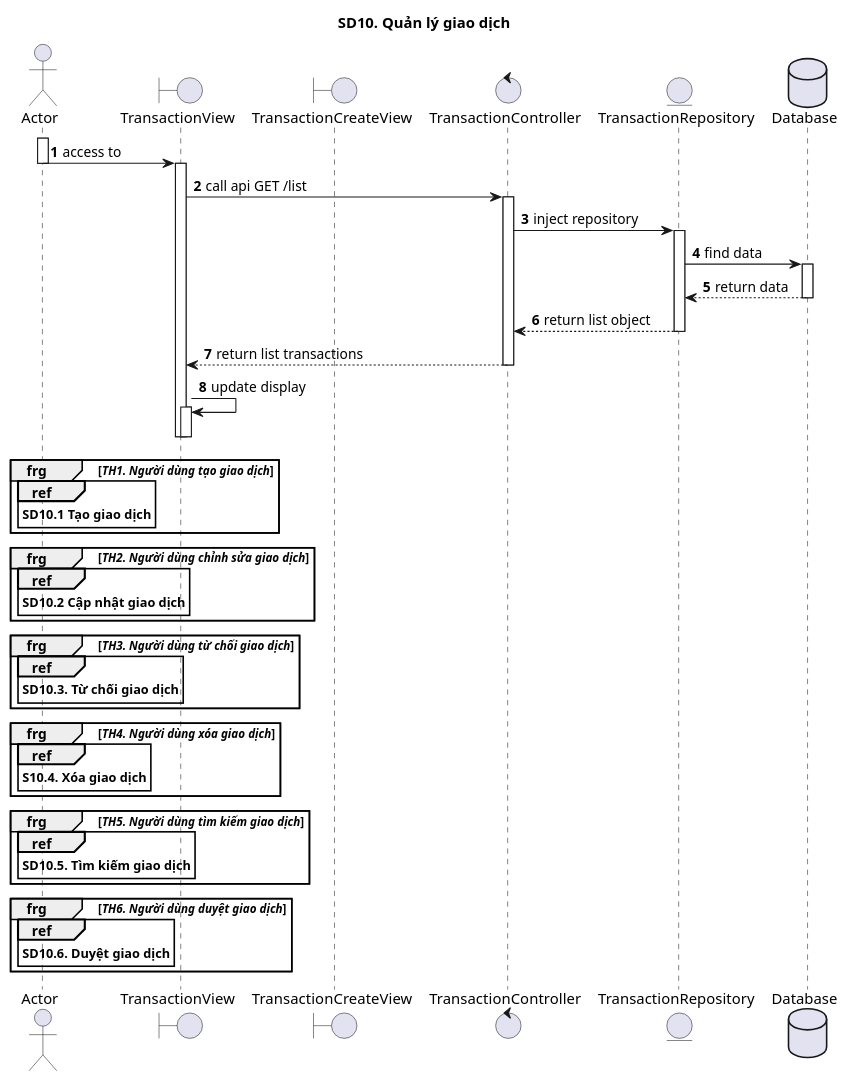
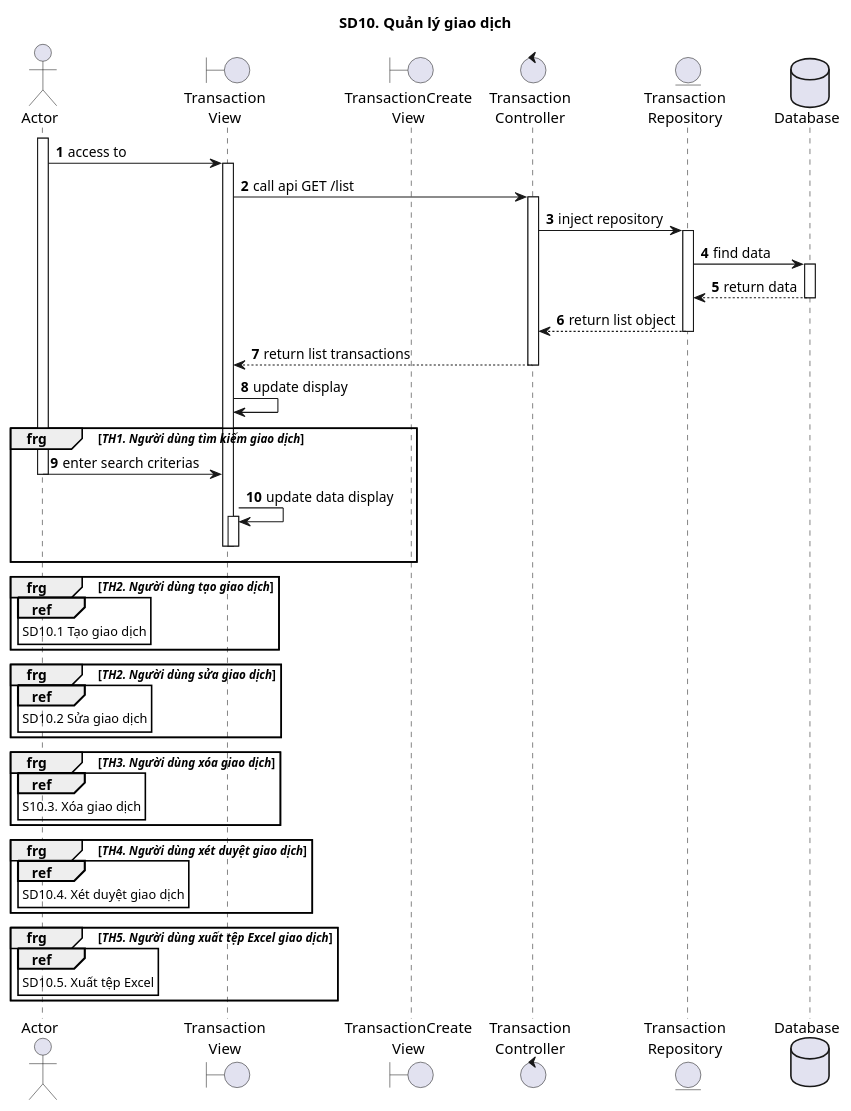
The diagram in 10_QuanLyGiaoDich/sd10.puml (ITZ-Developers/Finance-UML), drawn with PlantUML before and after one commit. The commit also changed 7 other files, not shown here.

```diff
--- a/10_QuanLyGiaoDich/sd10.puml
+++ b/10_QuanLyGiaoDich/sd10.puml
@@ -1,68 +1,59 @@
 @startuml SQ
 autonumber
 title SD10. Quản lý giao dịch
 actor "Actor" as actor
-boundary "TransactionView" as view
-boundary "TransactionCreateView" as createView
-control "TransactionController" as controller
-entity "TransactionRepository" as model
+boundary "Transaction\nView" as view
+boundary "TransactionCreate\nView" as createView
+control "Transaction\nController" as controller
+entity "Transaction\nRepository" as model
 database "Database" as database
-
 activate actor
 actor -> view : access to
-deactivate actor
 activate view
 view -> controller : call api GET /list
 activate controller
 controller -> model : inject repository
 activate model
 model -> database : find data
 activate database
 database --> model : return data
 deactivate database
 model --> controller : return list object
 deactivate model
 controller --> view : return list transactions
 deactivate controller
 view -> view: update display
+group frg [//TH1. Người dùng tìm kiếm giao dịch//]
+actor -> view : enter search criterias
+deactivate actor
+view -> view: update data display
 activate view
 deactivate view
 deactivate view
-
-group frg [//TH1. Người dùng tạo giao dịch//]
+end
+group frg [//TH2. Người dùng tạo giao dịch//]
 ref over actor
-**SD10.1 Tạo giao dịch**
+SD10.1 Tạo giao dịch
 end ref
 end
-
-group frg [//TH2. Người dùng chỉnh sửa giao dịch//]
+group frg [//TH2. Người dùng sửa giao dịch//]
 ref over actor
-**SD10.2 Cập nhật giao dịch**
+SD10.2 Sửa giao dịch
 end ref
 end
-
-group frg [//TH3. Người dùng từ chối giao dịch//]
+group frg [//TH3. Người dùng xóa giao dịch//]
 ref over actor
-**SD10.3. Từ chối giao dịch**
+S10.3. Xóa giao dịch
 end ref
 end
-
-group frg [//TH4. Người dùng xóa giao dịch//]
+group frg [//TH4. Người dùng xét duyệt giao dịch//]
 ref over actor
-**S10.4. Xóa giao dịch**
+SD10.4. Xét duyệt giao dịch
 end ref
 end
-
-group frg [//TH5. Người dùng tìm kiếm giao dịch//]
+group frg [//TH5. Người dùng xuất tệp Excel giao dịch//]
 ref over actor
-**SD10.5. Tìm kiếm giao dịch**
+SD10.5. Xuất tệp Excel
 end ref
 end
-
-group frg [//TH6. Người dùng duyệt giao dịch//]
-ref over actor
-**SD10.6. Duyệt giao dịch**
-end ref
-end
-
 @enduml
```
